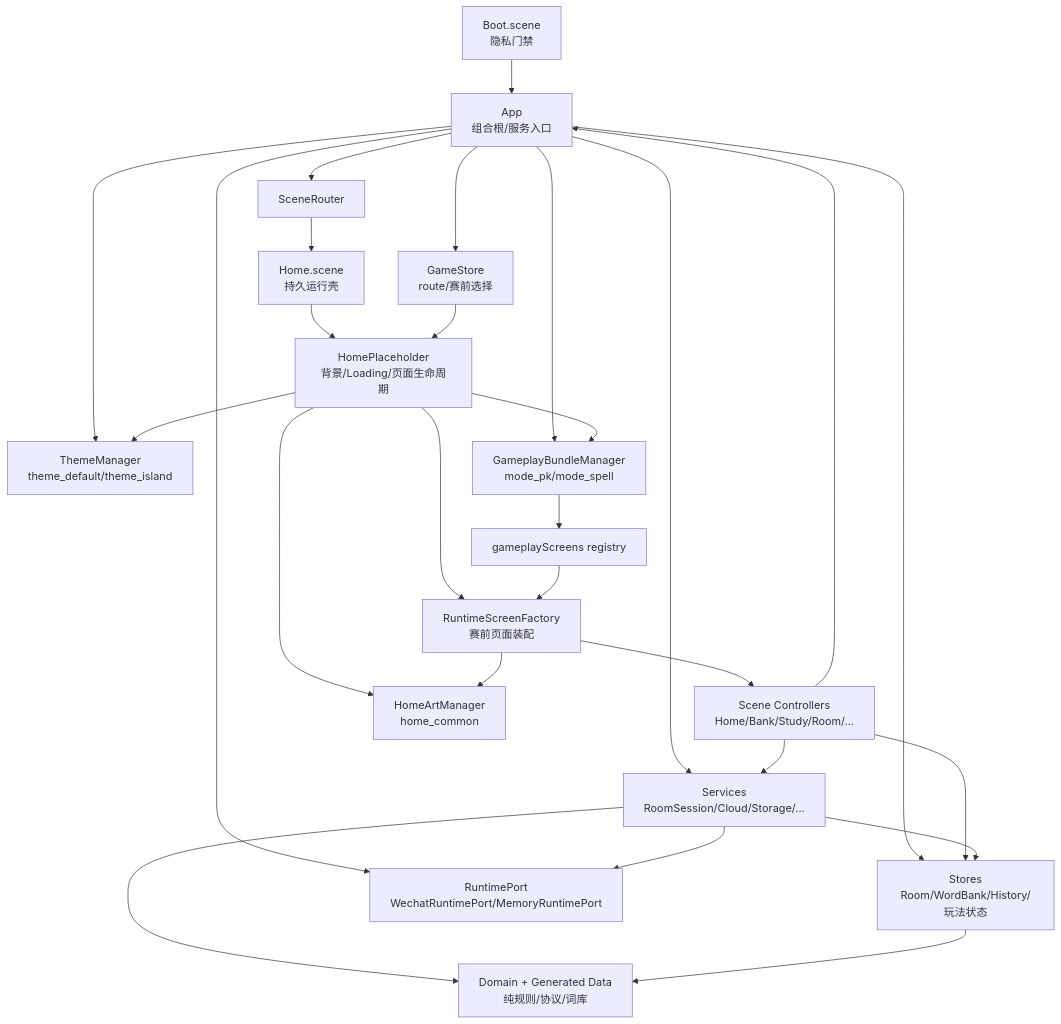
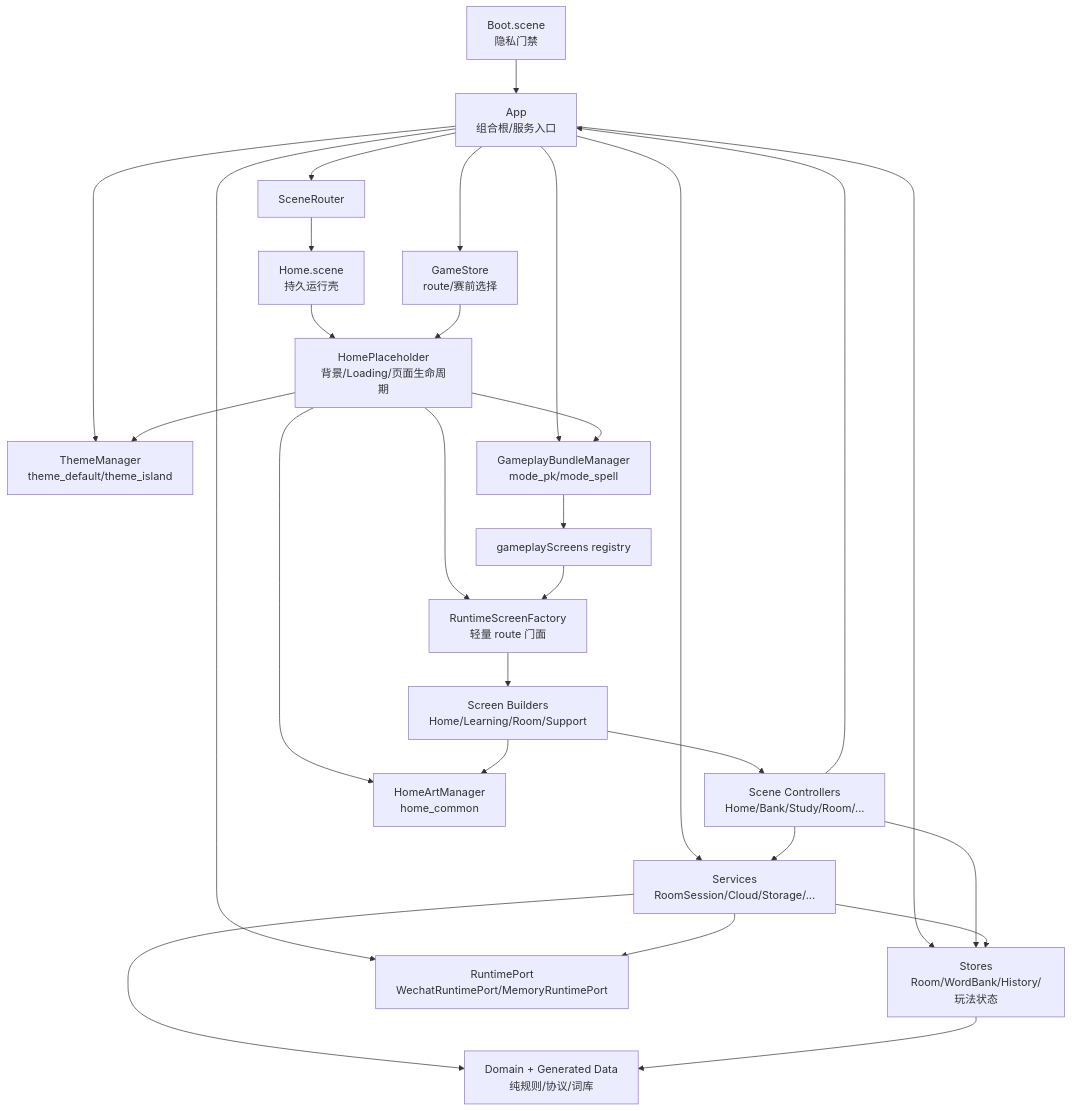
The second of 5 diagrams in COCOS_ARCHITECTURE_REVIEW.md (simpledcc/wxGame), drawn with Mermaid before and after one commit. The commit also changed other lines of this file and 68 other files, not shown here.

Commit message:
refactor(cocos): complete single-client architecture dev_done

````diff
--- a/COCOS_ARCHITECTURE_REVIEW.md
+++ b/COCOS_ARCHITECTURE_REVIEW.md
@@ -68,46 +65,48 @@
 ```mermaid
 flowchart TB
     Boot["Boot.scene<br/>隐私门禁"]
     App["App<br/>组合根/服务入口"]
     Router["SceneRouter"]
     GameStore["GameStore<br/>route/赛前选择"]
     HomeScene["Home.scene<br/>持久运行壳"]
     Shell["HomePlaceholder<br/>背景/Loading/页面生命周期"]
-    Factory["RuntimeScreenFactory<br/>赛前页面装配"]
+    Factory["RuntimeScreenFactory<br/>轻量 route 门面"]
+    Builders["Screen Builders<br/>Home/Learning/Room/Support"]
     Controllers["Scene Controllers<br/>Home/Bank/Study/Room/..."]
     Stores["Stores<br/>Room/WordBank/History/玩法状态"]
     Services["Services<br/>RoomSession/Cloud/Storage/..."]
     Domain["Domain + Generated Data<br/>纯规则/协议/词库"]
     Theme["ThemeManager<br/>theme_default/theme_island"]
     HomeArt["HomeArtManager<br/>home_common"]
     GameBundles["GameplayBundleManager<br/>mode_pk/mode_spell"]
     Registry["gameplayScreens registry"]
     Port["RuntimePort<br/>WechatRuntimePort/MemoryRuntimePort"]
 
     Boot --> App
     App --> Router
     App --> GameStore
     App --> Stores
     App --> Services
     App --> Theme
     App --> GameBundles
     App --> Port
     Router --> HomeScene
     HomeScene --> Shell
     GameStore --> Shell
     Shell --> Theme
     Shell --> HomeArt
     Shell --> GameBundles
     Shell --> Factory
     GameBundles --> Registry
     Registry --> Factory
-    Factory --> Controllers
+    Factory --> Builders
+    Builders --> Controllers
     Controllers --> App
     Controllers --> Stores
     Controllers --> Services
     Services --> Stores
     Services --> Domain
     Services --> Port
     Stores --> Domain
-    Factory --> HomeArt
+    Builders --> HomeArt
 ```
````
